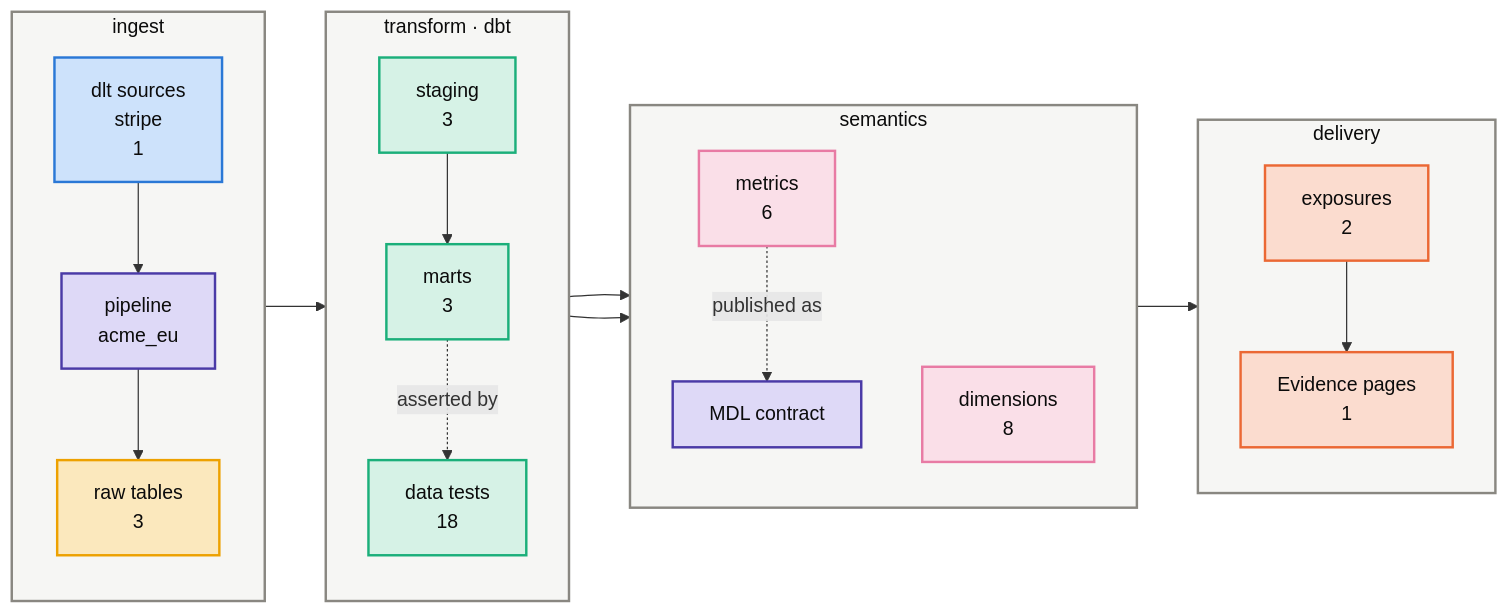
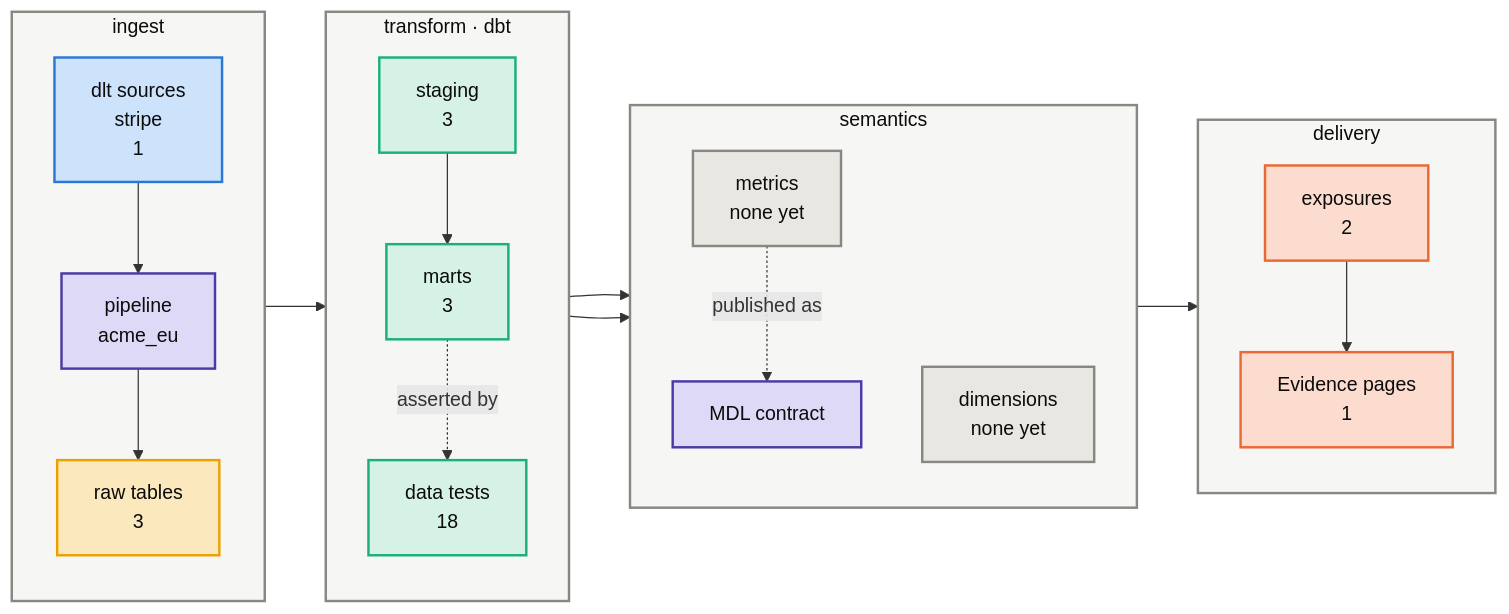
The first of 3 diagrams in groups/acme/projects/acme-eu/kg/architecture.md (Atomz-org/data-platform), drawn with Mermaid before and after one commit. The commit also changed other lines of this file and 8 other files, not shown here.

````diff
--- a/groups/acme/projects/acme-eu/kg/architecture.md
+++ b/groups/acme/projects/acme-eu/kg/architecture.md
@@ -10,41 +10,41 @@
 ```mermaid
 flowchart LR
     subgraph LI["ingest"]
         direction TB
         I1["dlt sources<br/>stripe<br/>1"]:::ingress
         I2["pipeline<br/>acme_eu"]:::platform
         I3["raw tables<br/>3"]:::raw
     end
     subgraph LT["transform · dbt"]
         direction TB
         T1["staging<br/>3"]:::model
         T2["marts<br/>3"]:::model
         T3["data tests<br/>18"]:::model
     end
     subgraph LS["semantics"]
         direction TB
-        S1["metrics<br/>6"]:::metric
-        S2["dimensions<br/>8"]:::metric
+        S1["metrics<br/>none yet"]:::neutral
+        S2["dimensions<br/>none yet"]:::neutral
         S3["MDL contract"]:::platform
     end
     subgraph LD["delivery"]
         direction TB
         D1["exposures<br/>2"]:::exposure
         D2["Evidence pages<br/>1"]:::exposure
     end
     I1 --> I2 --> I3 --> T1 --> T2
     T2 --> S1 --> D1 --> D2
     T2 --> S2
     S1 -.published as.-> S3
     T2 -.asserted by.-> T3
     classDef ingress fill:#cde2fb,stroke:#2a78d6,stroke-width:2px,color:#0b0b0b
     classDef platform fill:#ded9f7,stroke:#4a3aa7,stroke-width:2px,color:#0b0b0b
     classDef raw fill:#fbe8bd,stroke:#eda100,stroke-width:2px,color:#0b0b0b
     classDef model fill:#d6f2e6,stroke:#1baf7a,stroke-width:2px,color:#0b0b0b
     classDef metric fill:#fadfe8,stroke:#e87ba4,stroke-width:2px,color:#0b0b0b
     classDef exposure fill:#fbdccf,stroke:#eb6834,stroke-width:2px,color:#0b0b0b
     classDef neutral fill:#e8e7e2,stroke:#898781,stroke-width:2px,color:#0b0b0b
     classDef project fill:#e3eefc,stroke:#2a78d6,stroke-width:2px,color:#0b0b0b
     classDef lane fill:#f6f6f4,stroke:#898781,stroke-width:2px,color:#0b0b0b
     class LI,LT,LS,LD lane
 ```
````
